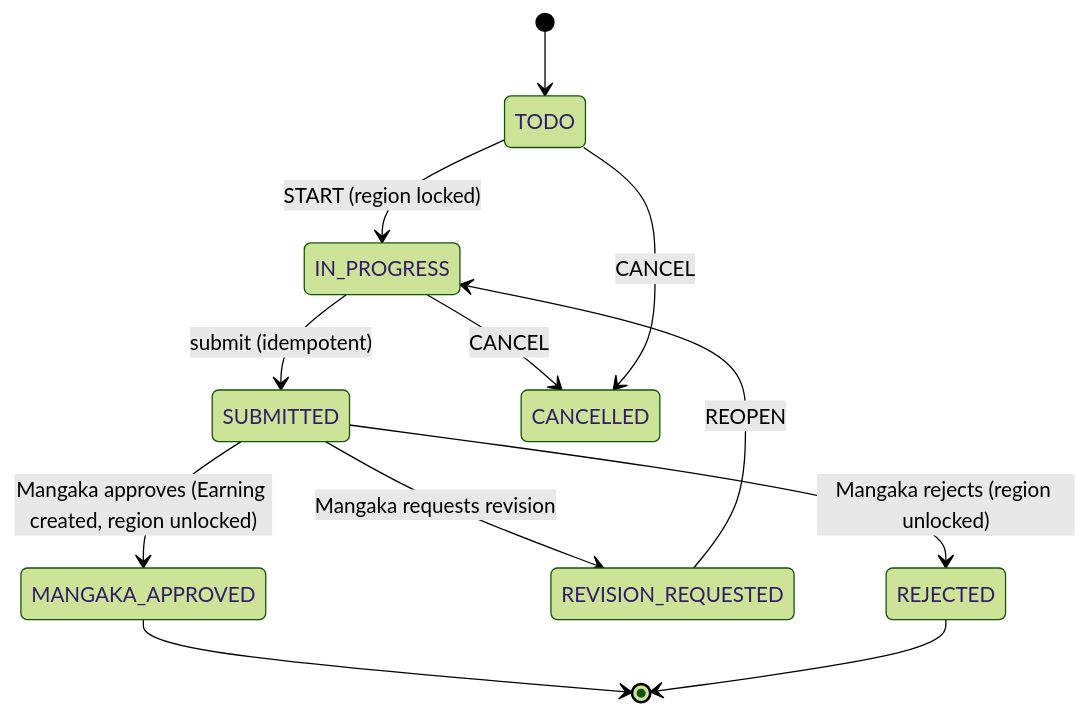
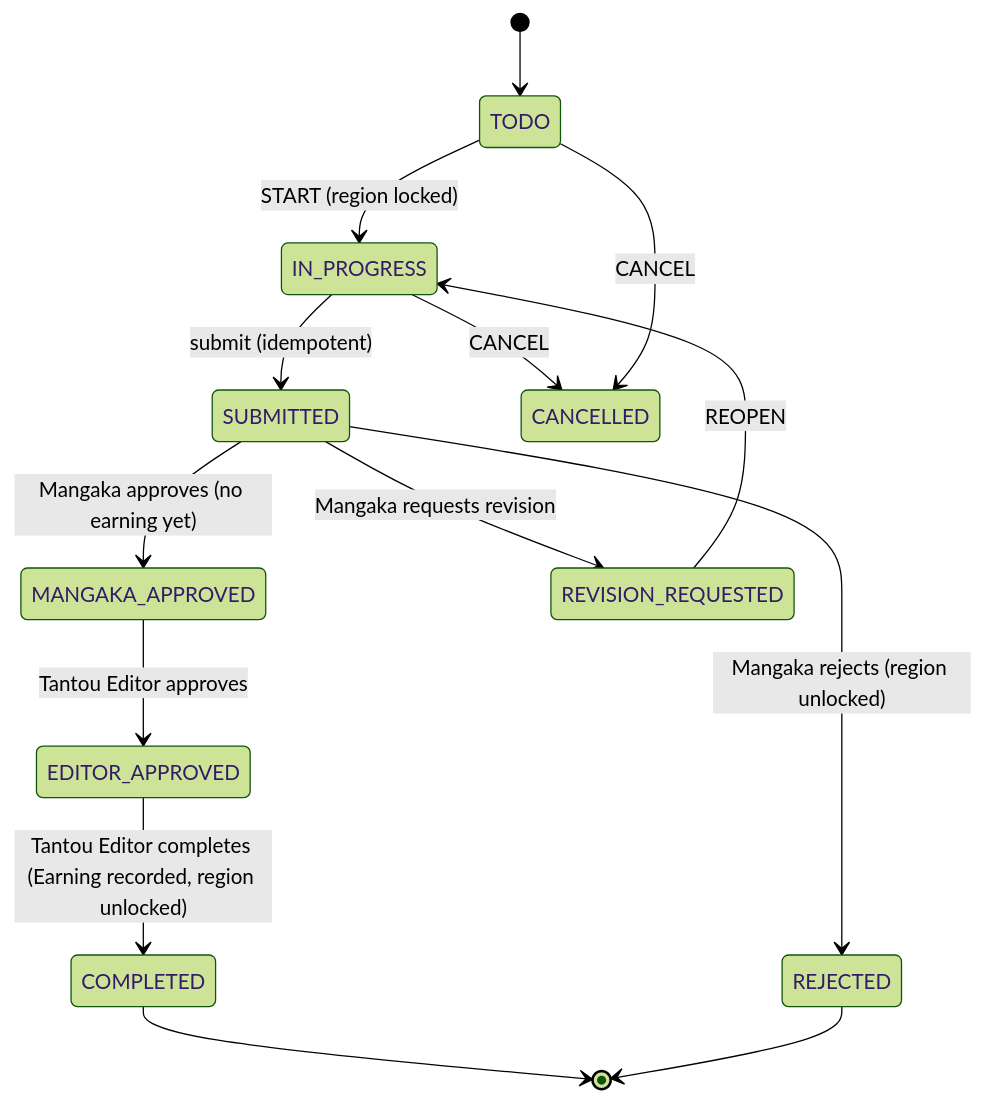
The fifth of 8 diagrams in BUSINESS_FLOW.md (ntu254/MangaFlow), drawn with Mermaid (forest theme) before and after one commit. The commit also changed other lines of this file and 5 other files, not shown here.

Commit message:
docs: sync business flows and master doc to earn-at-COMPLETE model

````diff
--- a/BUSINESS_FLOW.md
+++ b/BUSINESS_FLOW.md
@@ -307,14 +307,16 @@
 ```mermaid
 stateDiagram-v2
   [*] --> TODO
   TODO --> IN_PROGRESS: START (region locked)
   IN_PROGRESS --> SUBMITTED: submit (idempotent)
-  SUBMITTED --> MANGAKA_APPROVED: Mangaka approves (Earning created, region unlocked)
+  SUBMITTED --> MANGAKA_APPROVED: Mangaka approves (no earning yet)
   SUBMITTED --> REVISION_REQUESTED: Mangaka requests revision
   SUBMITTED --> REJECTED: Mangaka rejects (region unlocked)
   REVISION_REQUESTED --> IN_PROGRESS: REOPEN
-  MANGAKA_APPROVED --> [*]
+  MANGAKA_APPROVED --> EDITOR_APPROVED: Tantou Editor approves
+  EDITOR_APPROVED --> COMPLETED: Tantou Editor completes (Earning recorded, region unlocked)
+  COMPLETED --> [*]
   REJECTED --> [*]
   IN_PROGRESS --> CANCELLED: CANCEL
   TODO --> CANCELLED: CANCEL
 ```
````
